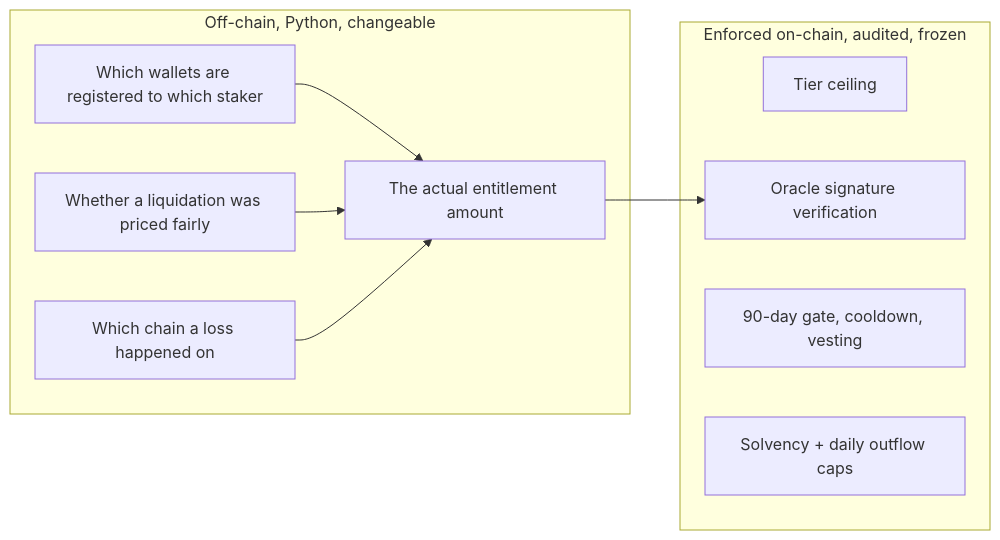
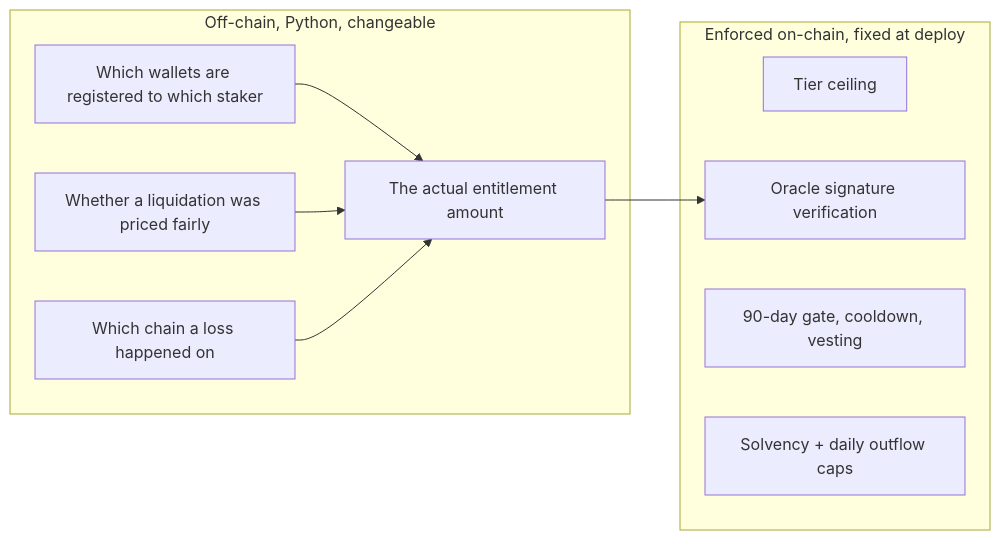
One commit to mrkanchwala/safu_multichain changed the third of 3 diagrams in docs/ARCHITECTURE.md. Above: the diagram before and after it, drawn with Mermaid. The commit also changed other lines of this file and 57 other files, not shown here.

Commit message:
docs: neutral wording in comments and docs, current design notes, audit timing on the site; remove ROADMAP and SKILLS-USED

````diff
--- a/docs/ARCHITECTURE.md
+++ b/docs/ARCHITECTURE.md
@@ -88,21 +88,21 @@
 ```mermaid
 flowchart LR
-    subgraph enforced[Enforced on-chain, audited, frozen]
+    subgraph enforced[Enforced on-chain, fixed at deploy]
         A[Tier ceiling]
         B[Oracle signature verification]
         C[90-day gate, cooldown, vesting]
         D[Solvency + daily outflow caps]
     end
 
     subgraph trusted[Off-chain, Python, changeable]
         E[Which wallets are registered to which staker]
         F[Whether a liquidation was priced fairly]
         G[The actual entitlement amount]
         H[Which chain a loss happened on]
     end
 
     E --> G
     F --> G
     H --> G
     G --> B
 ```
````
